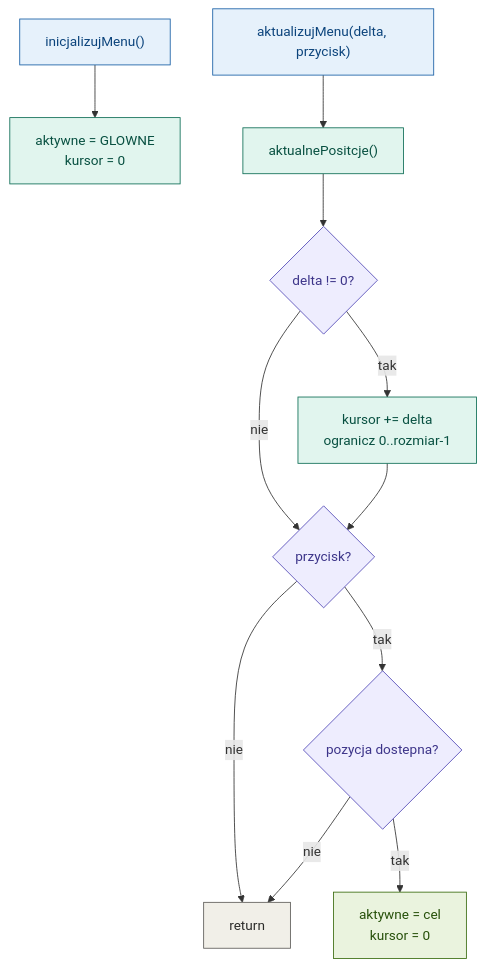
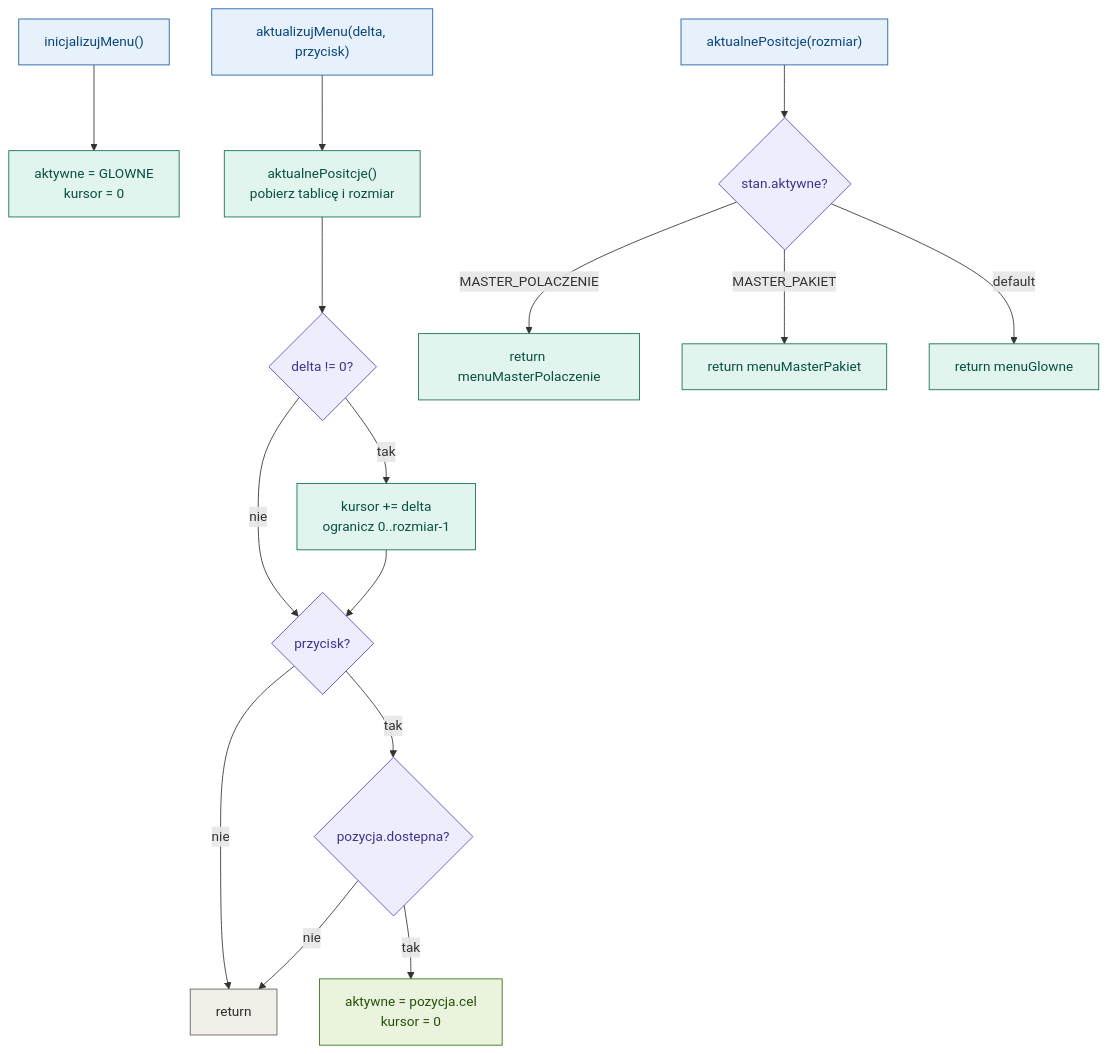
Before and after one commit to przemek2508p/esp32-modbus-w5500: the seventh of 7 diagrams in README.md, drawn with Mermaid. The commit also changed other lines of this file, not shown here.

Commit message:
docs(readme): dokumentacja modulu menu - typy danych i diagram nawigacji

````diff
--- a/README.md
+++ b/README.md
@@ -347,20 +358,25 @@
 ```mermaid
 flowchart TD
     A["inicjalizujMenu()"]:::blue --> B["aktywne = GLOWNE<br/>kursor = 0"]:::teal
-
-    C["aktualizujMenu(delta, przycisk)"]:::blue --> D["aktualnePositcje()"]:::teal
+ 
+    C["aktualizujMenu(delta, przycisk)"]:::blue --> D["aktualnePositcje()<br/>pobierz tablicę i rozmiar"]:::teal
     D --> E{"delta != 0?"}:::purple
     E -- tak --> F["kursor += delta<br/>ogranicz 0..rozmiar-1"]:::teal
     E -- nie --> G{"przycisk?"}:::purple
     F --> G
     G -- nie --> H["return"]:::gray
-    G -- tak --> I{"pozycja dostepna?"}:::purple
+    G -- tak --> I{"pozycja.dostepna?"}:::purple
     I -- nie --> H
-    I -- tak --> J["aktywne = cel<br/>kursor = 0"]:::green
-
+    I -- tak --> J["aktywne = pozycja.cel<br/>kursor = 0"]:::green
+ 
+    K["aktualnePositcje(rozmiar)"]:::blue --> L{"stan.aktywne?"}:::purple
+    L -- MASTER_POLACZENIE --> M["return menuMasterPolaczenie"]:::teal
+    L -- MASTER_PAKIET --> N["return menuMasterPakiet"]:::teal
+    L -- default --> O["return menuGlowne"]:::teal
+ 
     classDef blue fill:#E6F1FB,stroke:#185FA5,color:#0C447C
     classDef purple fill:#EEEDFE,stroke:#534AB7,color:#3C3489
     classDef green fill:#EAF3DE,stroke:#3B6D11,color:#27500A
     classDef teal fill:#E1F5EE,stroke:#0F6E56,color:#085041
     classDef gray fill:#F1EFE8,stroke:#5F5E5A,color:#2C2C2A
 ```
````
